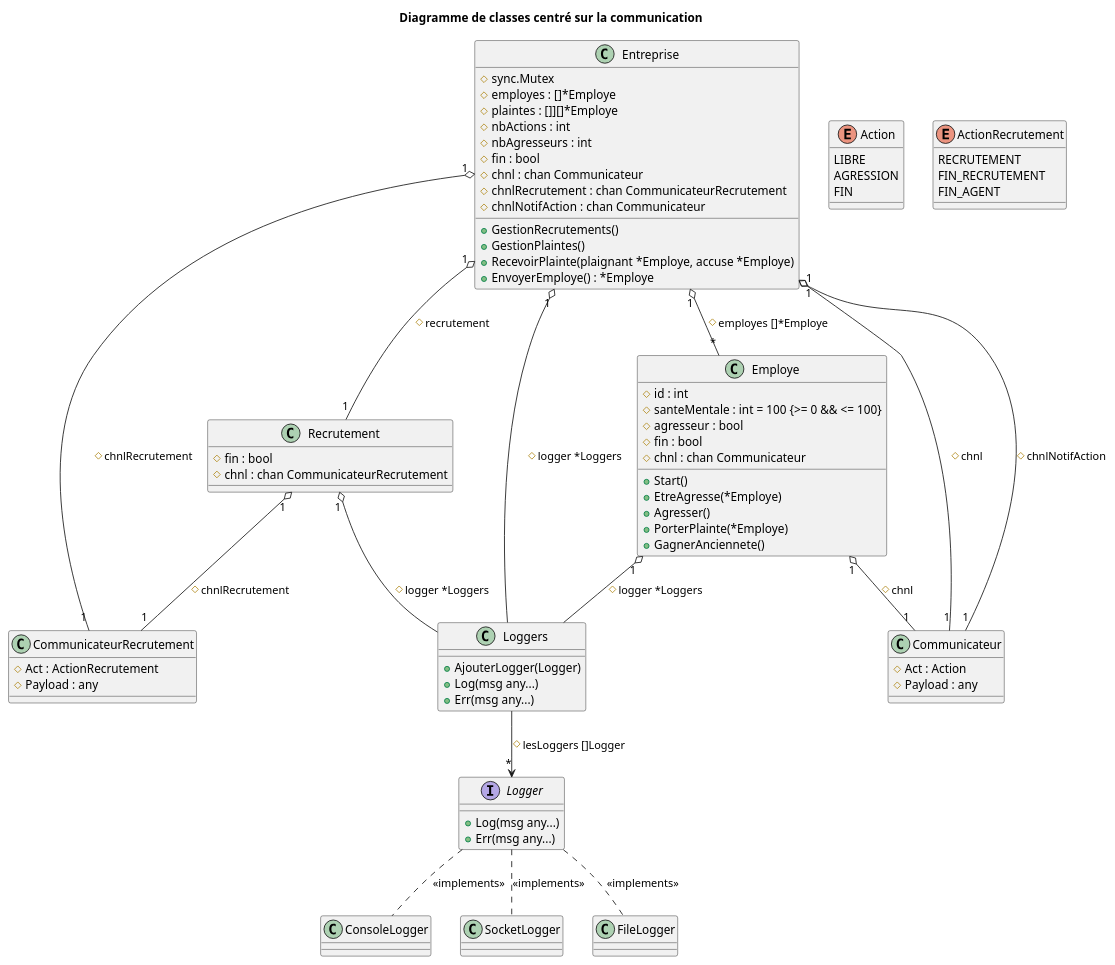
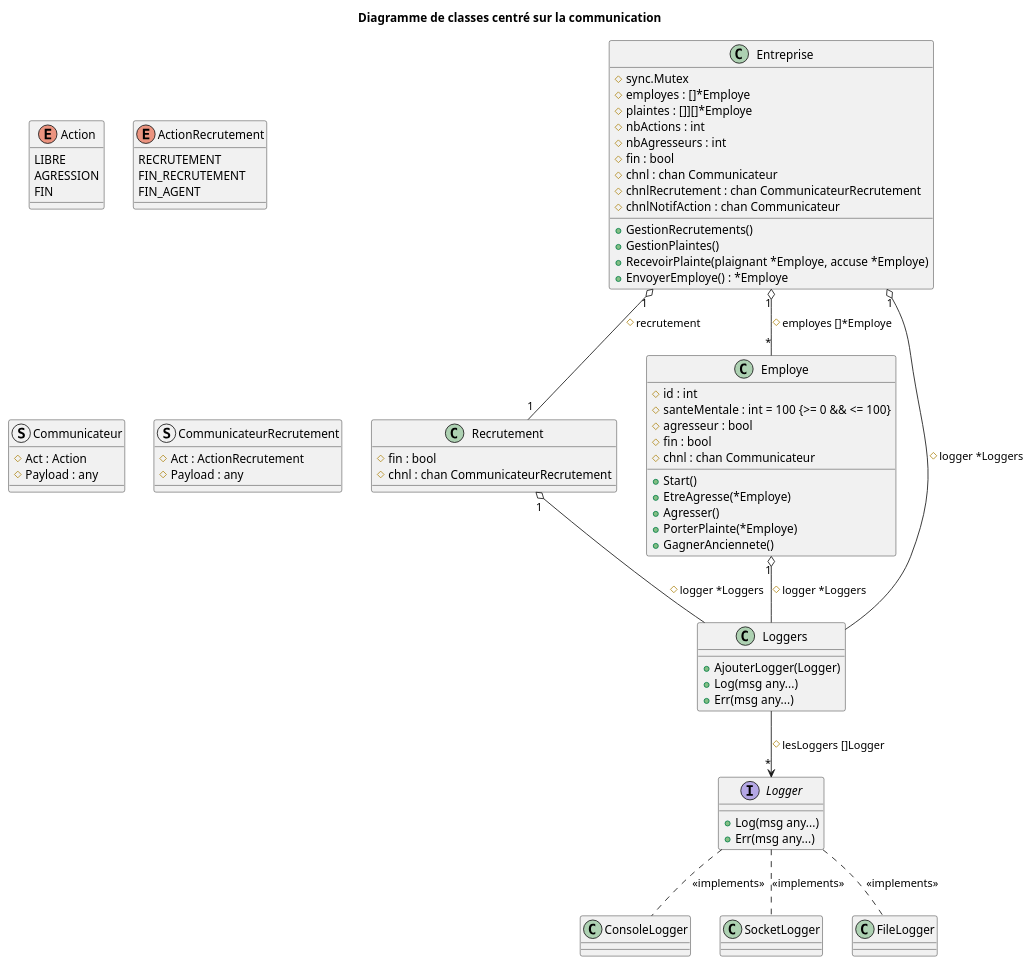
The diagram in diagrammes/class_Channels.iuml (MiguelLaura/Recrutement_Inclusif_Paritaire), drawn with PlantUML before and after one commit.

Commit message:
corrections sur les communicateurs

```diff
--- a/diagrammes/class_Channels.iuml
+++ b/diagrammes/class_Channels.iuml
@@ -1,106 +1,99 @@
 @startuml Diagramme de classes centré sur la communication
 
 '-----------------
 ' Parametrage
 
 title Diagramme de classes centré sur la communication
 
 '-----------------
 ' Classes
 
 class Entreprise {
     # sync.Mutex
 	# employes : []*Employe
 	# plaintes : []][]*Employe
 	# nbActions : int
 	# nbAgresseurs : int
 	# fin : bool
 	# chnl : chan Communicateur
 	# chnlRecrutement : chan CommunicateurRecrutement
 	# chnlNotifAction : chan Communicateur
 
     + GestionRecrutements() 
     + GestionPlaintes()
     + RecevoirPlainte(plaignant *Employe, accuse *Employe)
     + EnvoyerEmploye() : *Employe
 }
 
 class Recrutement {
 	# fin : bool
     # chnl : chan CommunicateurRecrutement
 }
 
 class Employe {
 	# id : int
 	# santeMentale : int = 100 {>= 0 && <= 100}
 	# agresseur : bool
 	# fin : bool
     # chnl : chan Communicateur
 
     + Start()
     + EtreAgresse(*Employe)
     + Agresser()
     + PorterPlainte(*Employe)
     + GagnerAnciennete()
 }
 
-class Communicateur {
-	# Act : Action
-    # Payload : any
-}
-
-class CommunicateurRecrutement {
-	# Act : ActionRecrutement
-    # Payload : any
-}
-
 interface Logger {
     + Log(msg any...)
     + Err(msg any...)
 }
 
 class Loggers {
     + AjouterLogger(Logger)
     + Log(msg any...)
     + Err(msg any...)
 }
 
 
 '-----------------
 ' Enumerations
 
 enum Action {
 	LIBRE
 	AGRESSION
 	FIN
 }
 
 enum ActionRecrutement {
 	RECRUTEMENT
 	FIN_RECRUTEMENT
 	FIN_AGENT
 }
 
+struct Communicateur {
+	# Act : Action
+    # Payload : any
+}
+
+struct CommunicateurRecrutement {
+	# Act : ActionRecrutement
+    # Payload : any
+}
+
 '-----------------
 ' Relations
 
 Entreprise "1" o-- "*" Employe : # employes []*Employe
 Entreprise "1" o-- "1" Recrutement : # recrutement
 
 Entreprise "1" o-- Loggers : # logger *Loggers
 Employe "1" o-- Loggers : # logger *Loggers
 Recrutement "1" o-- Loggers : # logger *Loggers
 
-Entreprise "1" o-- "1" Communicateur : # chnl
-Entreprise "1" o-- "1" CommunicateurRecrutement : # chnlRecrutement
-Entreprise "1" o-- "1" Communicateur : # chnlNotifAction
-
-Recrutement "1" o-- "1" CommunicateurRecrutement : # chnlRecrutement
-Employe "1" o-- "1" Communicateur : # chnl
-
 Loggers --> "*" Logger : # lesLoggers []Logger
 
 Logger .. ConsoleLogger : <<implements>>
 Logger .. SocketLogger : <<implements>>
 Logger .. FileLogger : <<implements>>
 @enduml
```
